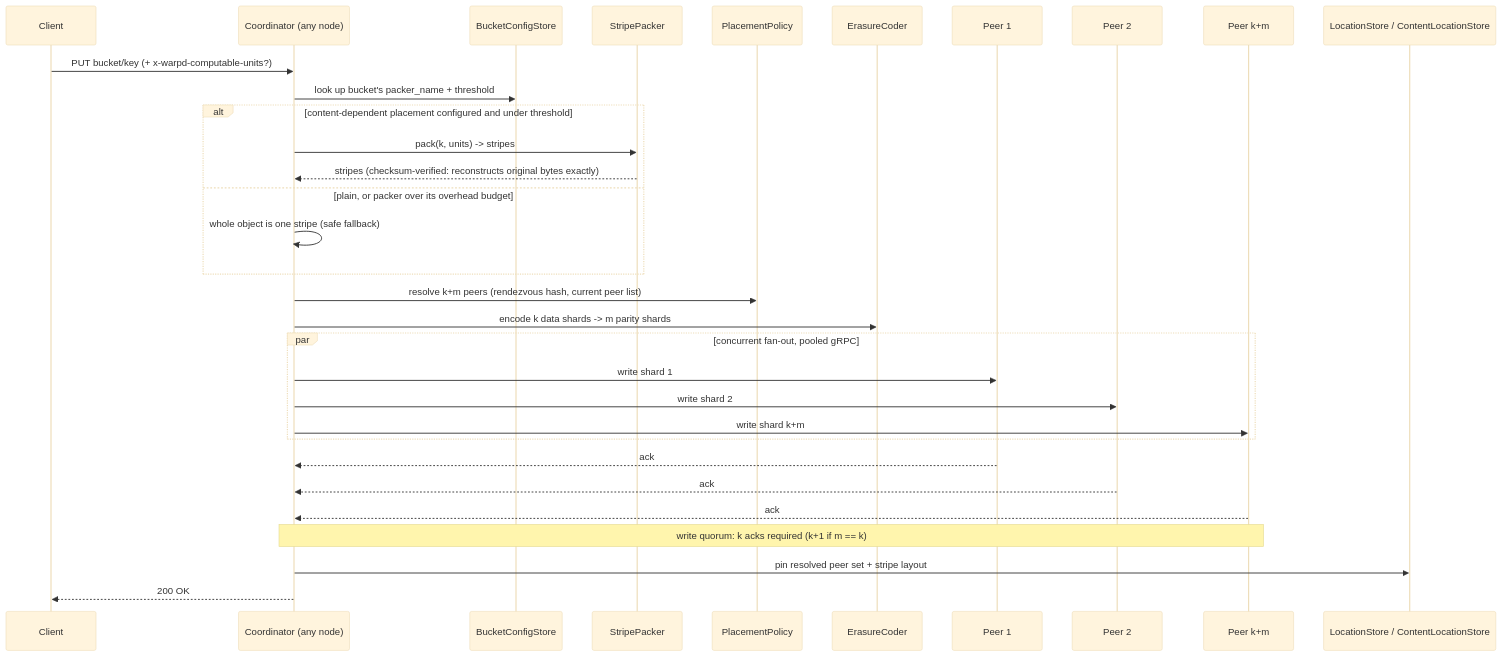
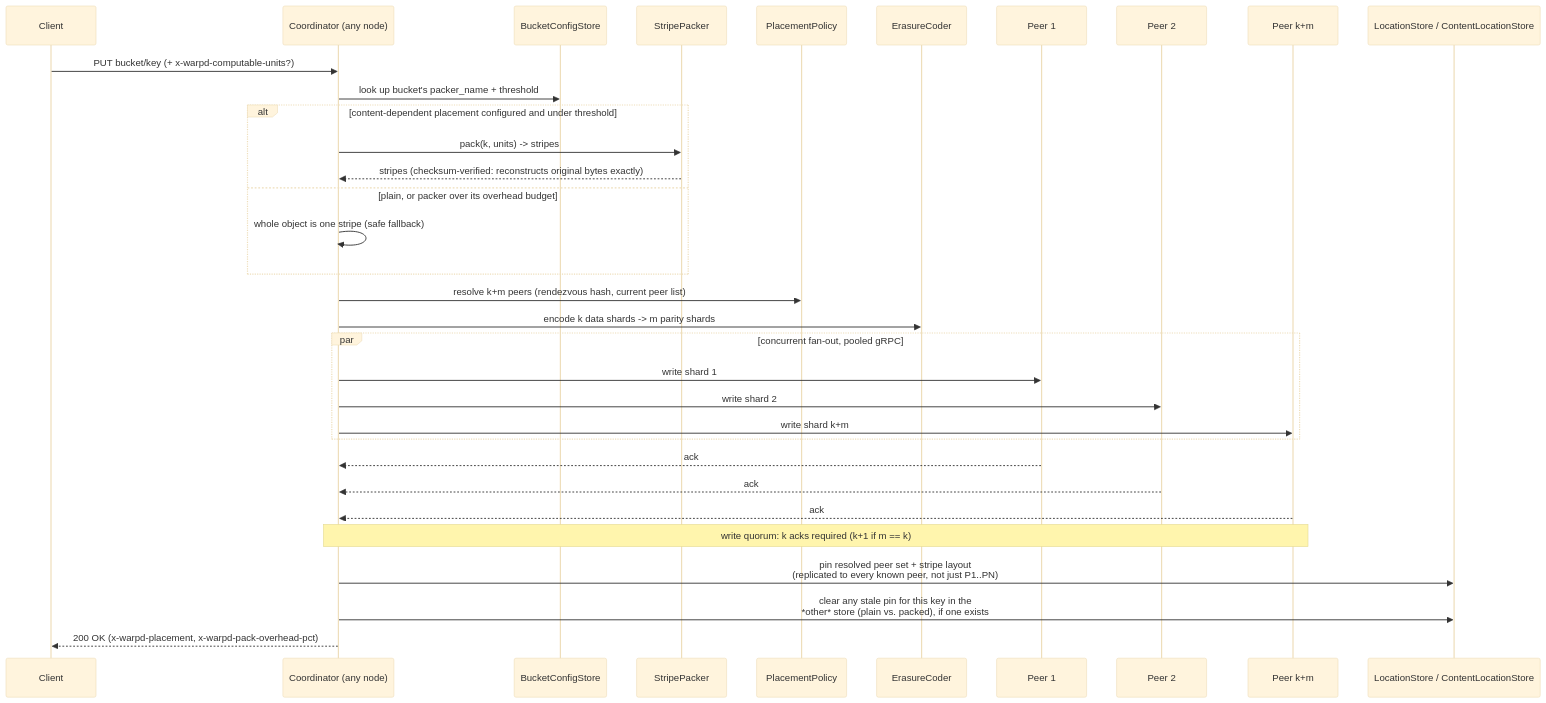
Before and after one commit to vitality-ai/warpdrive: the third of 4 diagrams in docs/Technical-Architecture.md, drawn with Mermaid (base theme). The commit also changed other lines of this file and 12 other files, not shown here.

````diff
--- a/docs/Technical-Architecture.md
+++ b/docs/Technical-Architecture.md
@@ -106,35 +150,36 @@
 ```mermaid
 sequenceDiagram
     participant C as Client
     participant Co as Coordinator (any node)
     participant BC as BucketConfigStore
     participant SP as StripePacker
     participant PP as PlacementPolicy
     participant EC as ErasureCoder
     participant P1 as Peer 1
     participant P2 as Peer 2
     participant PN as Peer k+m
     participant LS as LocationStore / ContentLocationStore
 
     C->>Co: PUT bucket/key (+ x-warpd-computable-units?)
     Co->>BC: look up bucket's packer_name + threshold
     alt content-dependent placement configured and under threshold
         Co->>SP: pack(k, units) -> stripes
         SP-->>Co: stripes (checksum-verified: reconstructs original bytes exactly)
     else plain, or packer over its overhead budget
         Co->>Co: whole object is one stripe (safe fallback)
     end
     Co->>PP: resolve k+m peers (rendezvous hash, current peer list)
     Co->>EC: encode k data shards -> m parity shards
     par concurrent fan-out, pooled gRPC
         Co->>P1: write shard 1
         Co->>P2: write shard 2
         Co->>PN: write shard k+m
     end
     P1-->>Co: ack
     P2-->>Co: ack
     PN-->>Co: ack
     Note over Co,PN: write quorum: k acks required (k+1 if m == k)
-    Co->>LS: pin resolved peer set + stripe layout
-    Co-->>C: 200 OK
+    Co->>LS: pin resolved peer set + stripe layout<br/>(replicated to every known peer, not just P1..PN)
+    Co->>LS: clear any stale pin for this key in the<br/>*other* store (plain vs. packed), if one exists
+    Co-->>C: 200 OK (x-warpd-placement, x-warpd-pack-overhead-pct)
 ```
````
